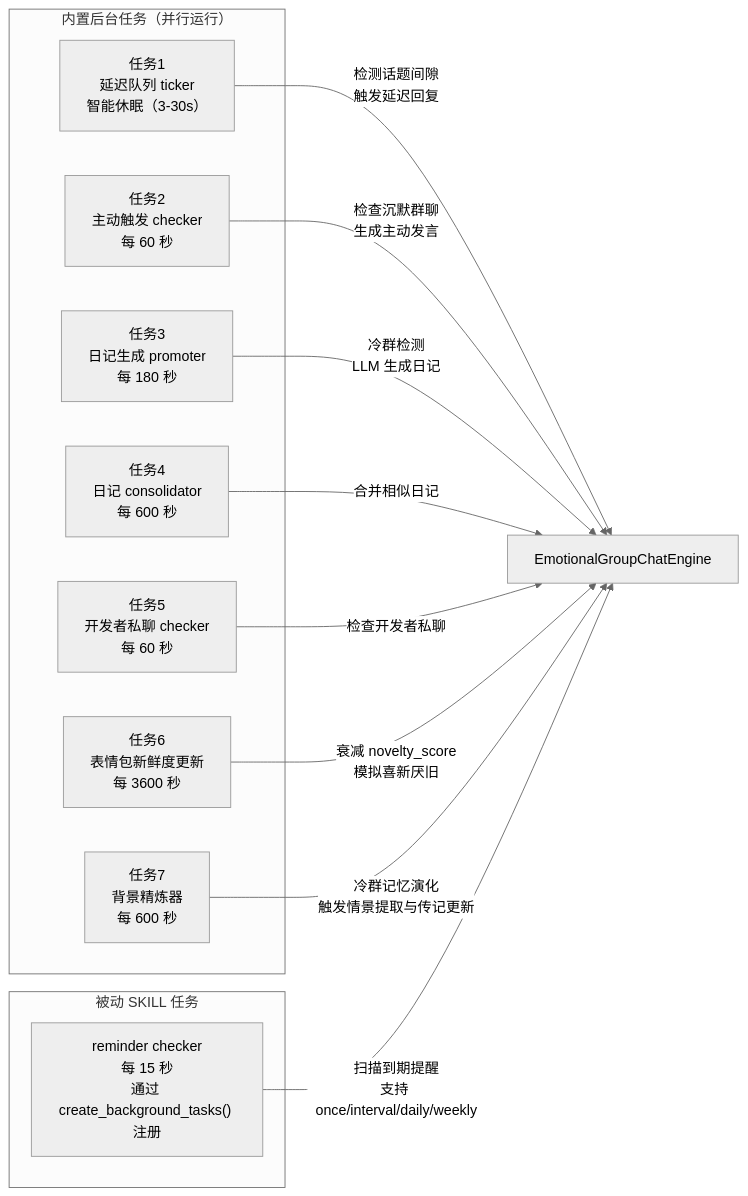
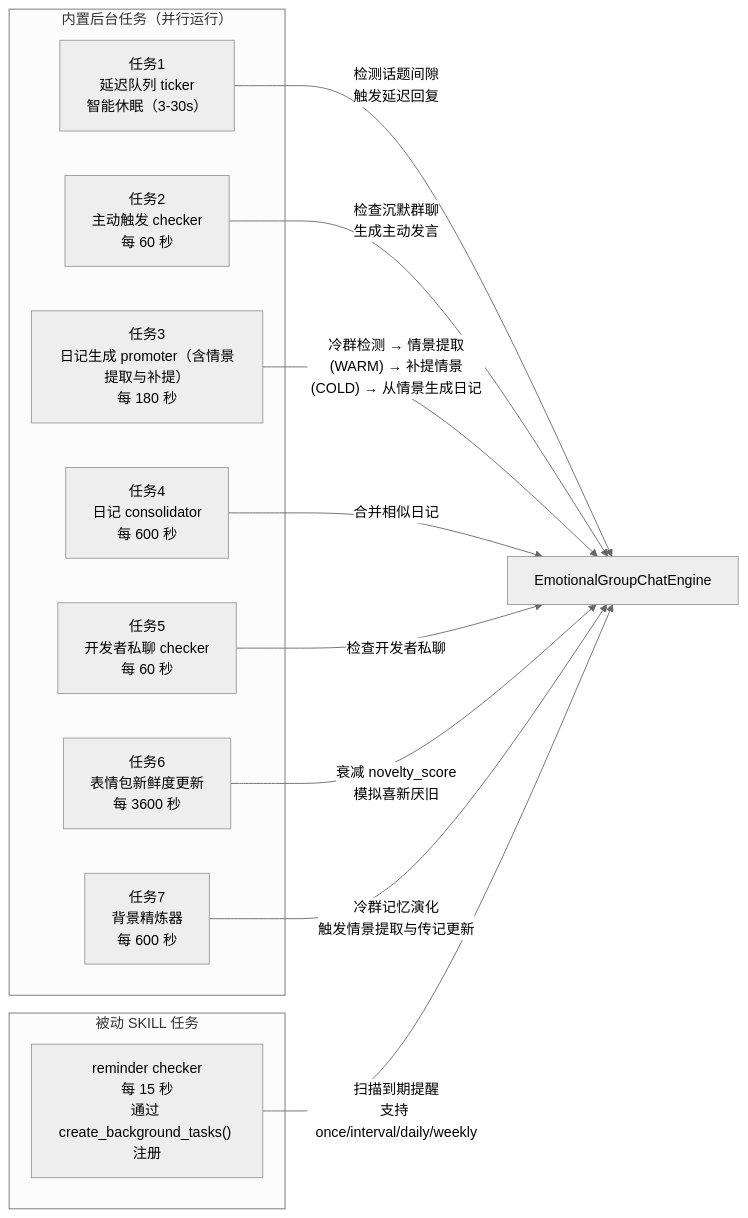
Before and after one commit to LiveSirius/SiriusPulse-Docs: the seventh of 12 diagrams in guide/architecture-overview.md, drawn with Mermaid (neutral theme). The commit also changed 2 other files, not shown here.

Commit message:
docs: 自动同步 — 核心引擎、内存系统、API 等模块有功能变更，影响架构和接口 [skip ci]

````diff
--- a/guide/architecture-overview.md
+++ b/guide/architecture-overview.md
@@ -300,25 +300,25 @@
 ```mermaid
 flowchart LR
     subgraph BG["内置后台任务（并行运行）"]
         T1["任务1<br/>延迟队列 ticker<br/>智能休眠（3-30s）"]
         T2["任务2<br/>主动触发 checker<br/>每 60 秒"]
-        T3["任务3<br/>日记生成 promoter<br/>每 180 秒"]
+        T3["任务3<br/>日记生成 promoter（含情景提取与补提）<br/>每 180 秒"]
         T4["任务4<br/>日记 consolidator<br/>每 600 秒"]
         T5["任务5<br/>开发者私聊 checker<br/>每 60 秒"]
         T6["任务6<br/>表情包新鲜度更新<br/>每 3600 秒"]
         T7["任务7<br/>背景精炼器<br/>每 600 秒"]
     end
 
     subgraph PassiveSK["被动 SKILL 任务"]
         T8["reminder checker<br/>每 15 秒<br/>通过 create_background_tasks() 注册"]
     end
 
     T1 -->|"检测话题间隙<br/>触发延迟回复"| Engine["EmotionalGroupChatEngine"]
     T2 -->|"检查沉默群聊<br/>生成主动发言"| Engine
-    T3 -->|"冷群检测<br/>LLM 生成日记"| Engine
+    T3 -->|"冷群检测 → 情景提取(WARM) → 补提情景(COLD) → 从情景生成日记"| Engine
     T4 -->|"合并相似日记"| Engine
     T5 -->|"检查开发者私聊"| Engine
     T6 -->|"衰减 novelty_score<br/>模拟喜新厌旧"| Engine
     T7 -->|"冷群记忆演化<br/>触发情景提取与传记更新"| Engine
     T8 -->|"扫描到期提醒<br/>支持 once/interval/daily/weekly"| Engine
 ```
````
